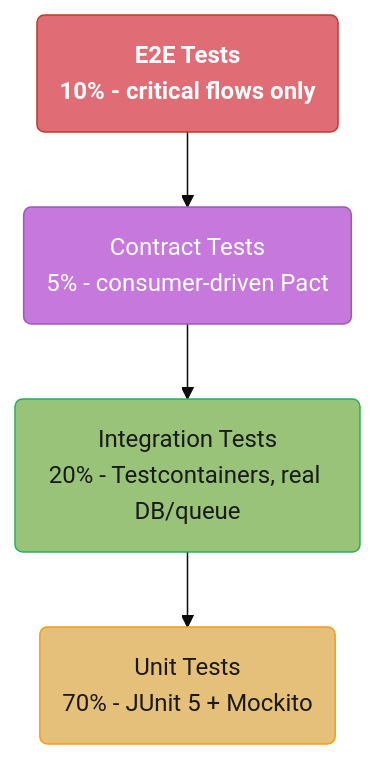
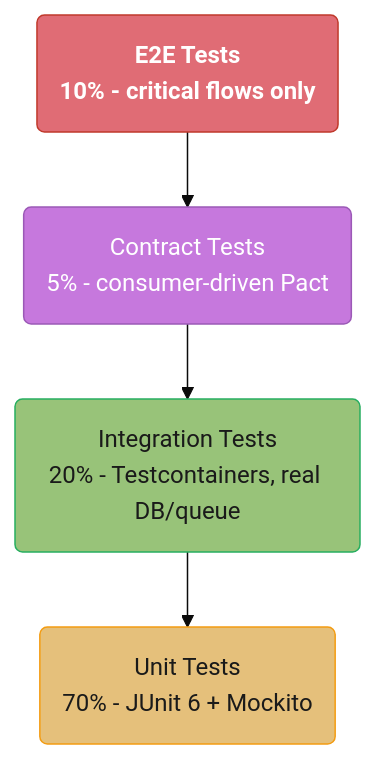
Before and after one commit to rppol/system-design: the second of 3 diagrams in src/main/java/com/rutik/systemdesign/backend/backend_testing_strategies/backend_testing_strategies.md, drawn with Mermaid (base theme). The commit also changed other lines of this file and 20 other files, not shown here.

````diff
--- a/src/main/java/com/rutik/systemdesign/backend/backend_testing_strategies/backend_testing_strategies.md
+++ b/src/main/java/com/rutik/systemdesign/backend/backend_testing_strategies/backend_testing_strategies.md
@@ -65,22 +65,22 @@
 ```mermaid
 flowchart TD
     classDef io      fill:#61afef,stroke:#2e86c1,color:#1a1a1a,font-weight:bold
     classDef frozen  fill:#c678dd,stroke:#9b59b6,color:#fff
     classDef train   fill:#98c379,stroke:#27ae60,color:#1a1a1a
     classDef mathOp  fill:#d19a66,stroke:#e67e22,color:#1a1a1a,font-weight:bold
     classDef lossN   fill:#e06c75,stroke:#c0392b,color:#fff,font-weight:bold
     classDef req     fill:#56b6c2,stroke:#0097a7,color:#1a1a1a
     classDef base    fill:#e5c07b,stroke:#f39c12,color:#1a1a1a
 
     E2E("E2E Tests<br/>10% - critical flows only")
     CONTRACT("Contract Tests<br/>5% - consumer-driven Pact")
     INTEGRATION("Integration Tests<br/>20% - Testcontainers, real DB/queue")
-    UNIT("Unit Tests<br/>70% - JUnit 5 + Mockito")
+    UNIT("Unit Tests<br/>70% - JUnit 6 + Mockito")
 
     E2E --> CONTRACT --> INTEGRATION --> UNIT
 
     class E2E lossN
     class CONTRACT frozen
     class INTEGRATION train
     class UNIT base
 ```
````
